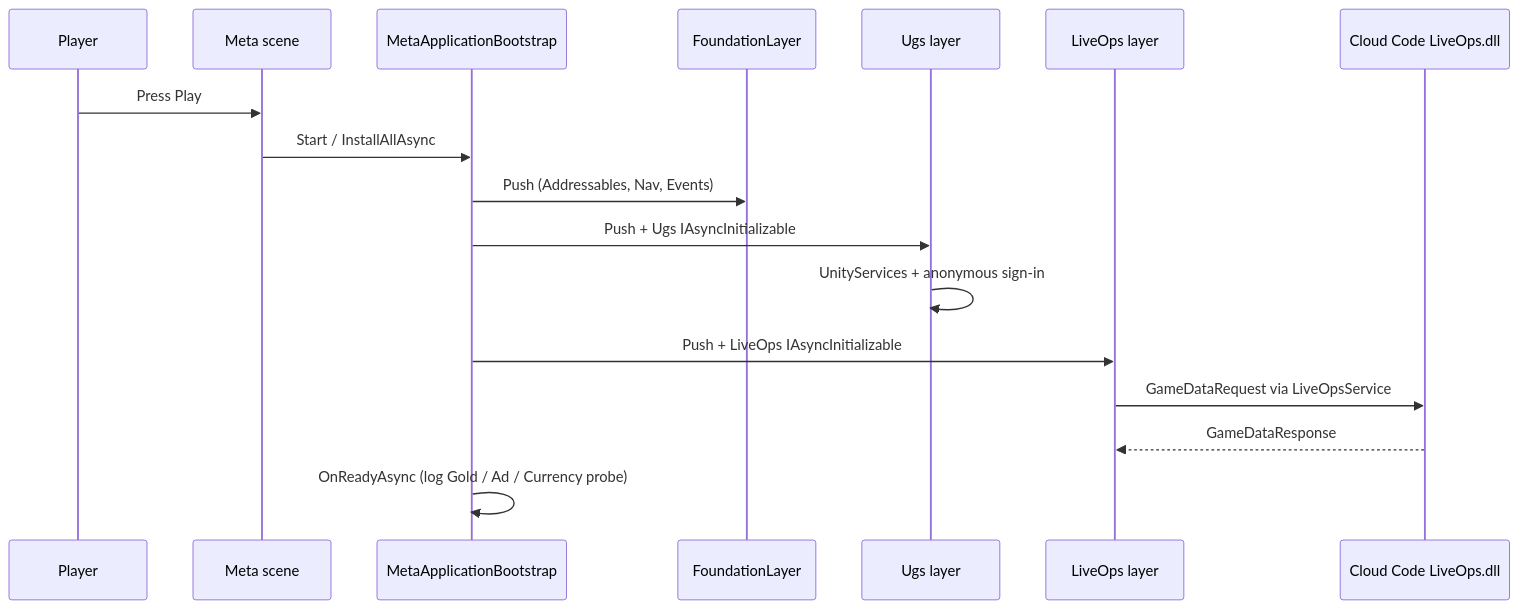
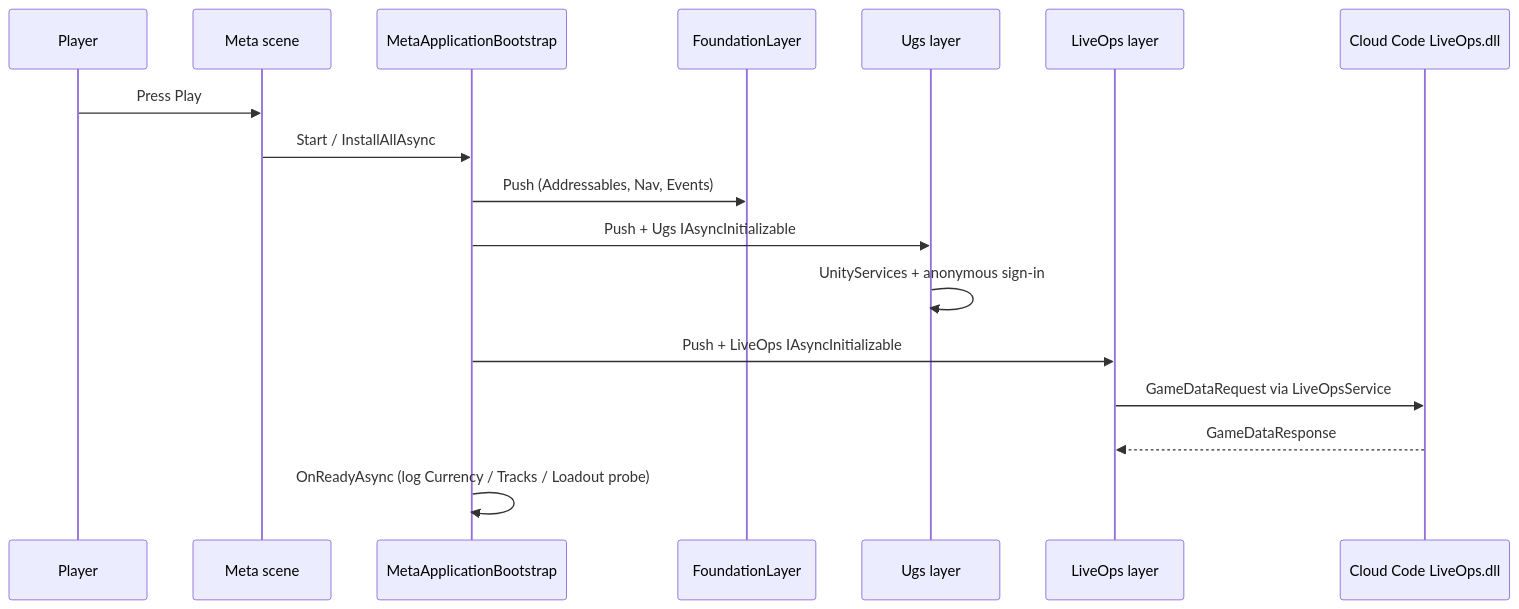
One commit to DuckDuckWeasel/Gear-Engine changed the second of 2 diagrams in Docs/LiveOps/Bootstrap.md. Above: the diagram before and after it, drawn with Mermaid. The commit also changed other lines of this file and 77 other files, not shown here.

````diff
--- a/Docs/LiveOps/Bootstrap.md
+++ b/Docs/LiveOps/Bootstrap.md
@@ -43,20 +43,20 @@
 ```mermaid
 sequenceDiagram
     participant Player
     participant Meta as Meta scene
     participant Boot as MetaApplicationBootstrap
     participant Found as FoundationLayer
     participant UGS as Ugs layer
     participant Lo as LiveOps layer
     participant Server as Cloud Code LiveOps.dll
 
     Player->>Meta: Press Play
     Meta->>Boot: Start / InstallAllAsync
     Boot->>Found: Push (Addressables, Nav, Events)
     Boot->>UGS: Push + Ugs IAsyncInitializable
     UGS->>UGS: UnityServices + anonymous sign-in
     Boot->>Lo: Push + LiveOps IAsyncInitializable
     Lo->>Server: GameDataRequest via LiveOpsService
     Server-->>Lo: GameDataResponse
-    Boot->>Boot: OnReadyAsync (log Gold / Ad / Currency probe)
+    Boot->>Boot: OnReadyAsync (log Currency / Tracks / Loadout probe)
 ```
````
